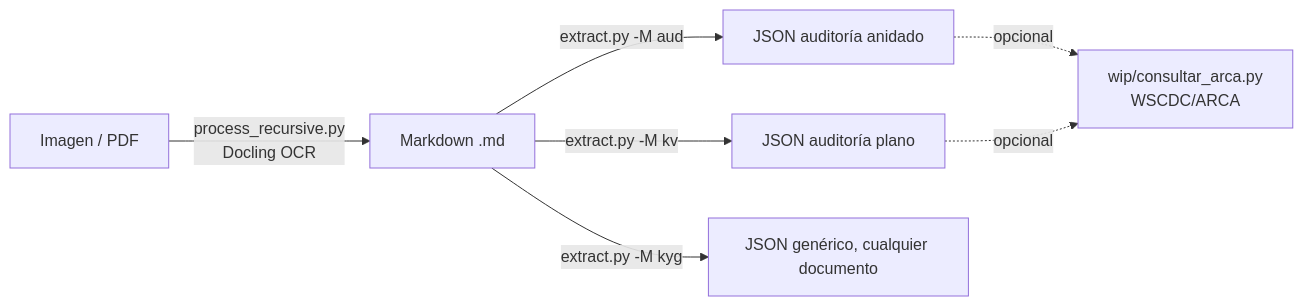
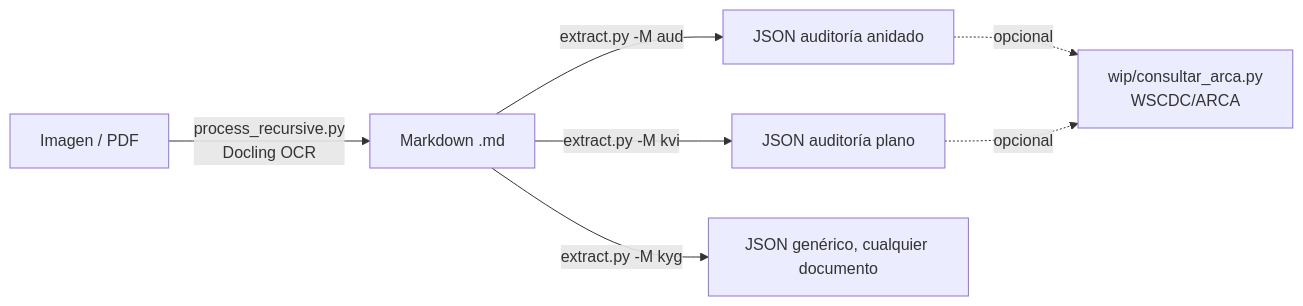
One commit to mariogarcia-ar/docling-ibm changed the diagram in README.md. Above: the diagram before and after it, drawn with Mermaid. The commit also changed other lines of this file and 2 other files, not shown here.

Commit message:
Update extraction mode from 'kv' to 'kvi' for key-value invoice auditing and adjust related documentation

````diff
--- a/README.md
+++ b/README.md
@@ -10,9 +10,9 @@
 ```mermaid
 flowchart LR
     A[Imagen / PDF] -->|process_recursive.py<br/>Docling OCR| B[Markdown .md]
     B -->|extract.py -M aud| D[JSON auditoría anidado]
-    B -->|extract.py -M kv| E2[JSON auditoría plano]
+    B -->|extract.py -M kvi| E2[JSON auditoría plano]
     B -->|extract.py -M kyg| F[JSON genérico, cualquier documento]
     D -.opcional.-> E[wip/consultar_arca.py<br/>WSCDC/ARCA]
     E2 -.opcional.-> E
 ```
````
